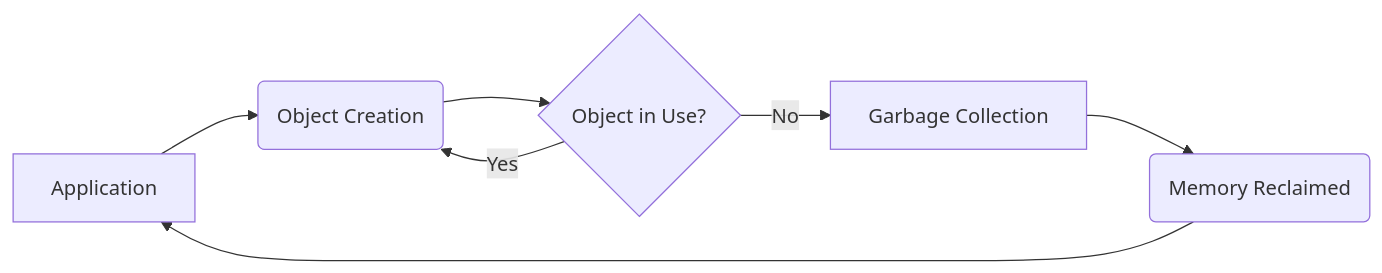
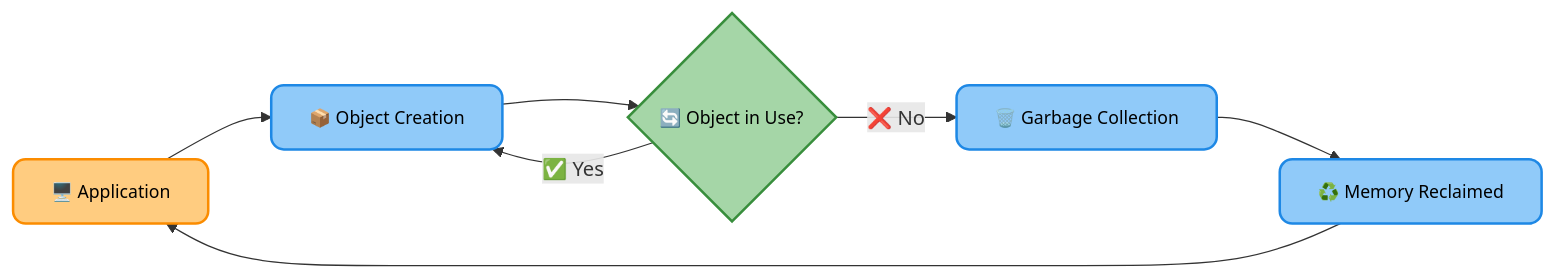
Before and after one commit to infoyouth/infoyouth.github.io: the fourth of 5 diagrams in _posts/2025-01-06-15.-memory-allocation-in-java.md, drawn with Mermaid. The commit also changed other lines of this file and 2 other files, not shown here.

````diff
--- a/_posts/2025-01-06-15.-memory-allocation-in-java.md
+++ b/_posts/2025-01-06-15.-memory-allocation-in-java.md
@@ -258,9 +275,20 @@
 ```mermaid
 graph LR
-A[Application] --> B(Object Creation);
-B --> C{Object in Use?};
-C -- Yes --> B;
-C -- No --> D[Garbage Collection];
-D --> E(Memory Reclaimed);
-E --> A;
+    classDef appStyle fill:#FFCC80,stroke:#FB8C00,color:#000000,font-size:14px,stroke-width:2px,rx:10px;
+    classDef processStyle fill:#90CAF9,stroke:#1E88E5,color:#000000,font-size:14px,stroke-width:2px,rx:10px;
+    classDef decisionStyle fill:#A5D6A7,stroke:#388E3C,color:#000000,font-size:14px,stroke-width:2px,rx:10px;
+
+    A[🖥️ Application] --> B[📦 Object Creation];
+    B --> C{🔄 Object in Use?};
+    C -- ✅ Yes --> B;
+    C -- ❌ No --> D[🗑️ Garbage Collection];
+    D --> E[♻️ Memory Reclaimed];
+    E --> A;
+
+    class A appStyle;
+    class B processStyle;
+    class C decisionStyle;
+    class D processStyle;
+    class E processStyle;
+
 ```
````
